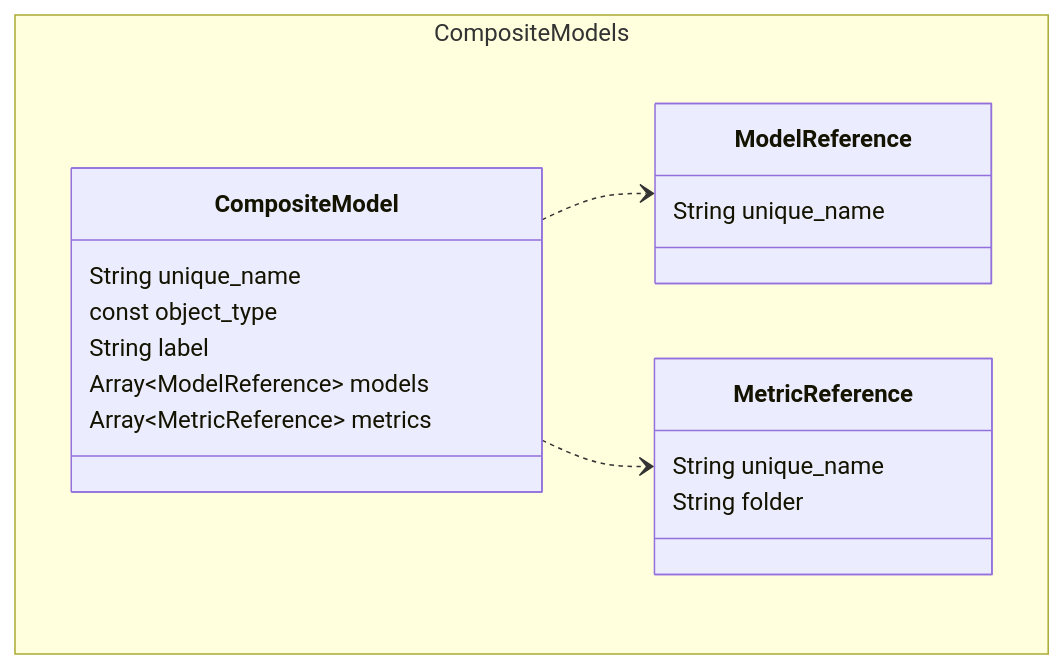
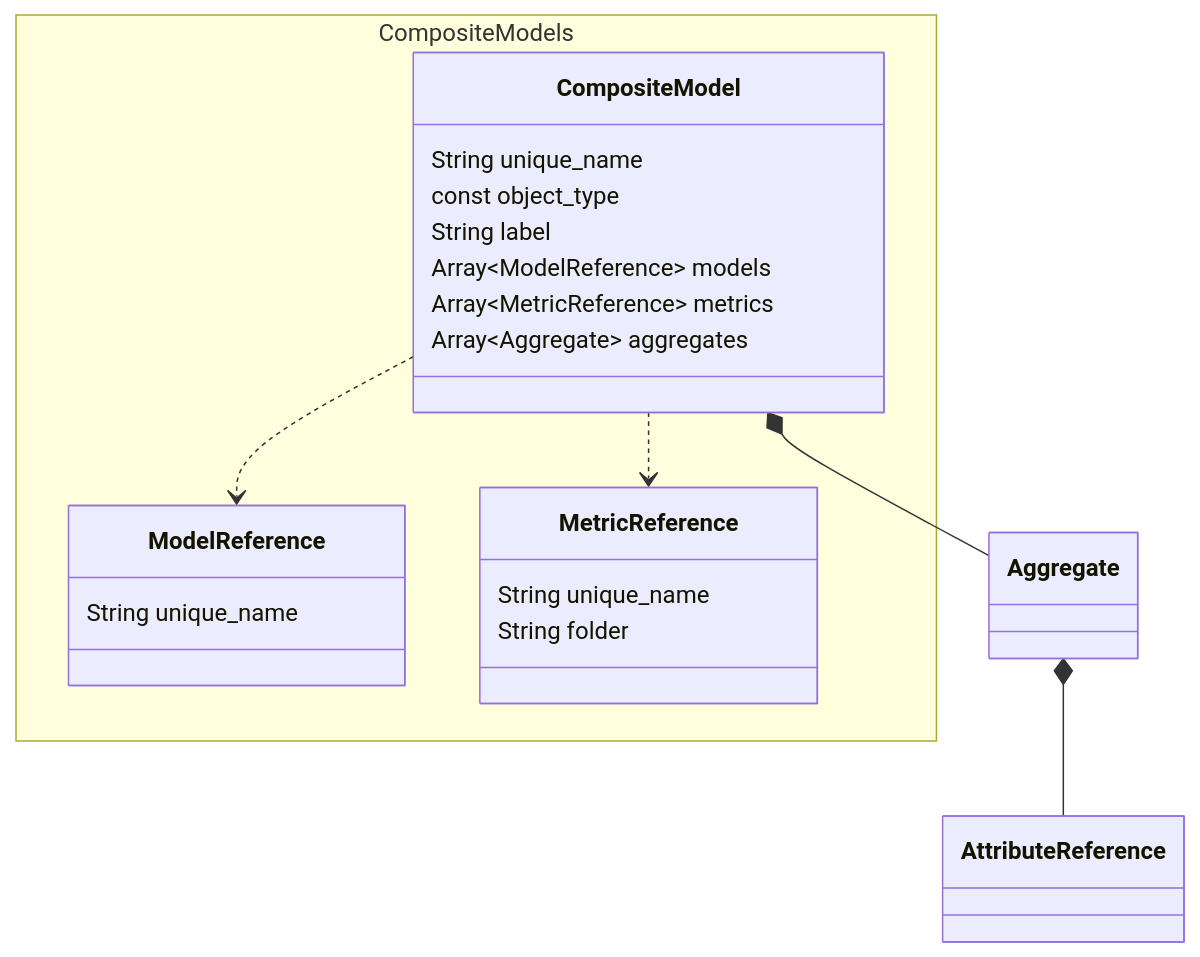
One commit to semanticdatalayer/SML changed the diagram in sml-reference/composite-model.md. Above: the diagram before and after it, drawn with Mermaid. The commit also changed other lines of this file and 1 other file, not shown here.

First line of the commit message:
[v1.4][ATSCALE-27469] added uda`s in the composite model (#35)

````diff
--- a/sml-reference/composite-model.md
+++ b/sml-reference/composite-model.md
@@ -38,21 +38,24 @@
 ```mermaid
 classDiagram
     CompositeModel ..> ModelReference
     CompositeModel ..> MetricReference
+    CompositeModel *-- Aggregate
+    Aggregate *-- AttributeReference
 namespace CompositeModels{
     class CompositeModel{
       String unique_name
       const object_type
       String label
       Array~ModelReference~ models
       Array~MetricReference~ metrics
+      Array~Aggregate~ aggregates
     }
     class ModelReference{
       String unique_name
     }
     class MetricReference{
       String unique_name
       String folder
     }
 }
 ```
````
